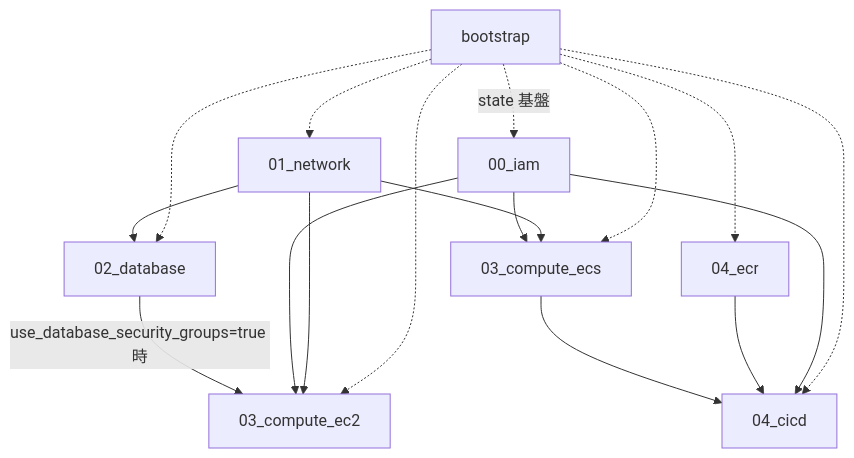
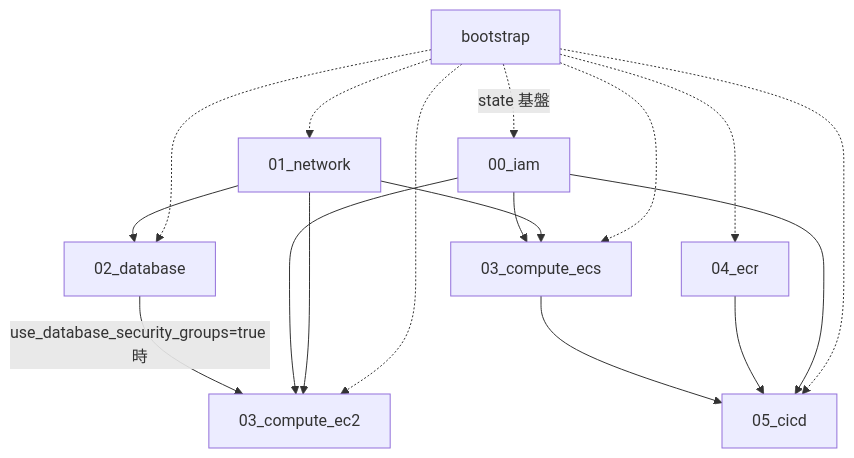
Before and after one commit to r-fukuda-git/r-fukuda-terraform: the diagram in README.md, drawn with Mermaid. The commit also changed other lines of this file and 6 other files, not shown here.

````diff
--- a/README.md
+++ b/README.md
@@ -30,29 +30,29 @@
 ```mermaid
 flowchart TD
   bootstrap[bootstrap]
   iam[00_iam]
   network[01_network]
   database[02_database]
   ec2[03_compute_ec2]
   ecs[03_compute_ecs]
   ecr[04_ecr]
-  cicd[04_cicd]
+  cicd[05_cicd]
 
   bootstrap -.->|state 基盤| iam
   bootstrap -.-> network
   bootstrap -.-> database
   bootstrap -.-> ec2
   bootstrap -.-> ecs
   bootstrap -.-> ecr
   bootstrap -.-> cicd
 
   network --> database
   network --> ec2
   network --> ecs
   iam --> ec2
   iam --> ecs
   iam --> cicd
   database -->|use_database_security_groups=true 時| ec2
   ecr --> cicd
   ecs --> cicd
 ```
````
